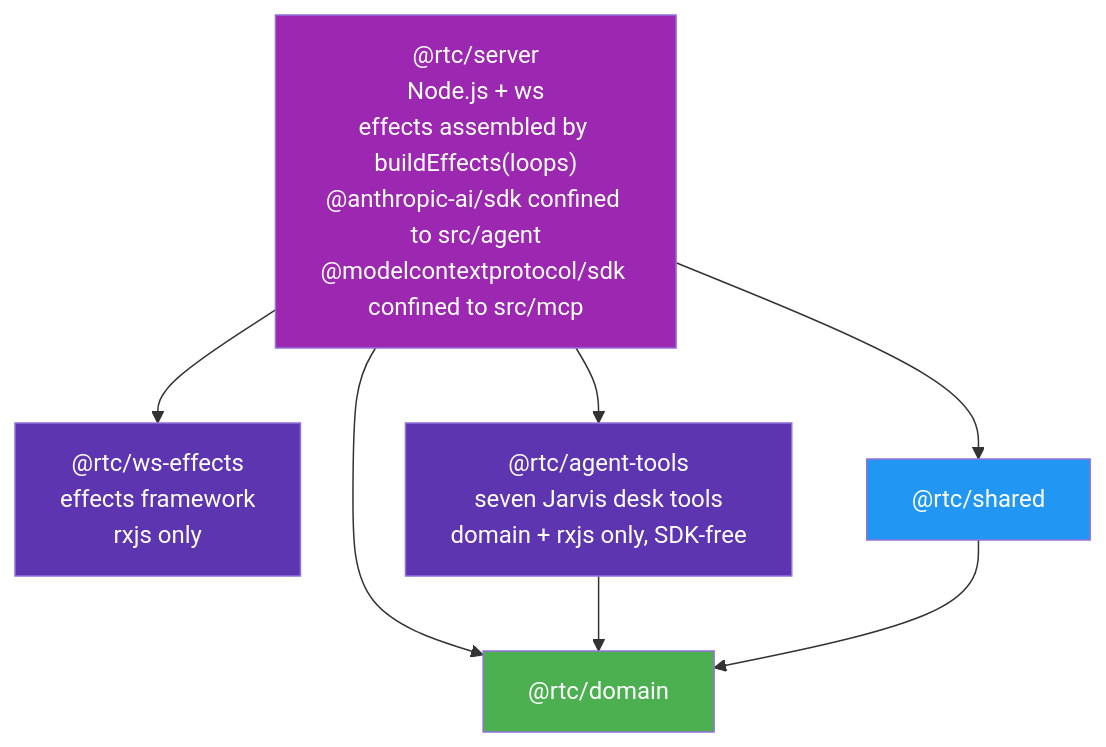
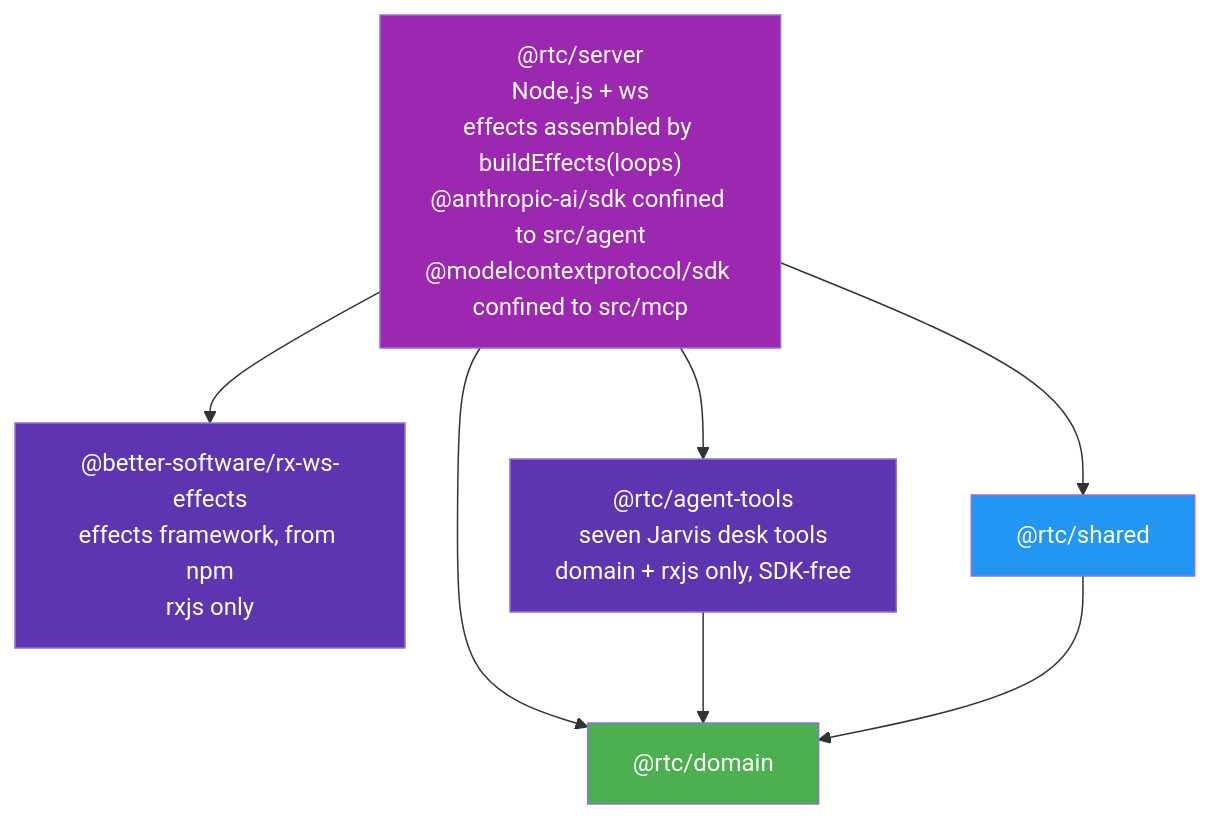
The third of 4 diagrams in docs/architecture/06-package-dependencies.md (bettersoftware-io/ReactiveTraderCloudClone), drawn with Mermaid before and after one commit. The commit also changed other lines of this file and 73 other files, not shown here.

First line of the commit message:
refactor(server): run on @better-software/rx-ws-effects from npm, delete packages/ws-effects

````diff
--- a/docs/architecture/06-package-dependencies.md
+++ b/docs/architecture/06-package-dependencies.md
@@ -148,21 +148,21 @@
 ```mermaid
 graph TB
     server["@rtc/server<br/>Node.js + ws<br/>effects assembled by buildEffects(loops)<br/>@anthropic-ai/sdk confined to src/agent<br/>@modelcontextprotocol/sdk confined to src/mcp"]
-    wse["@rtc/ws-effects<br/>effects framework<br/>rxjs only"]
+    wse["@better-software/rx-ws-effects<br/>effects framework, from npm<br/>rxjs only"]
     agt["@rtc/agent-tools<br/>seven Jarvis desk tools<br/>domain + rxjs only, SDK-free"]
     shared["@rtc/shared"]
     domain["@rtc/domain"]
 
     server --> wse
     server --> agt
     server --> shared
     server --> domain
     agt --> domain
     shared --> domain
 
     style server fill:#9C27B0,color:#fff
     style wse fill:#5E35B1,color:#fff
     style agt fill:#5E35B1,color:#fff
     style shared fill:#2196F3,color:#fff
     style domain fill:#4CAF50,color:#fff
 ```
````
